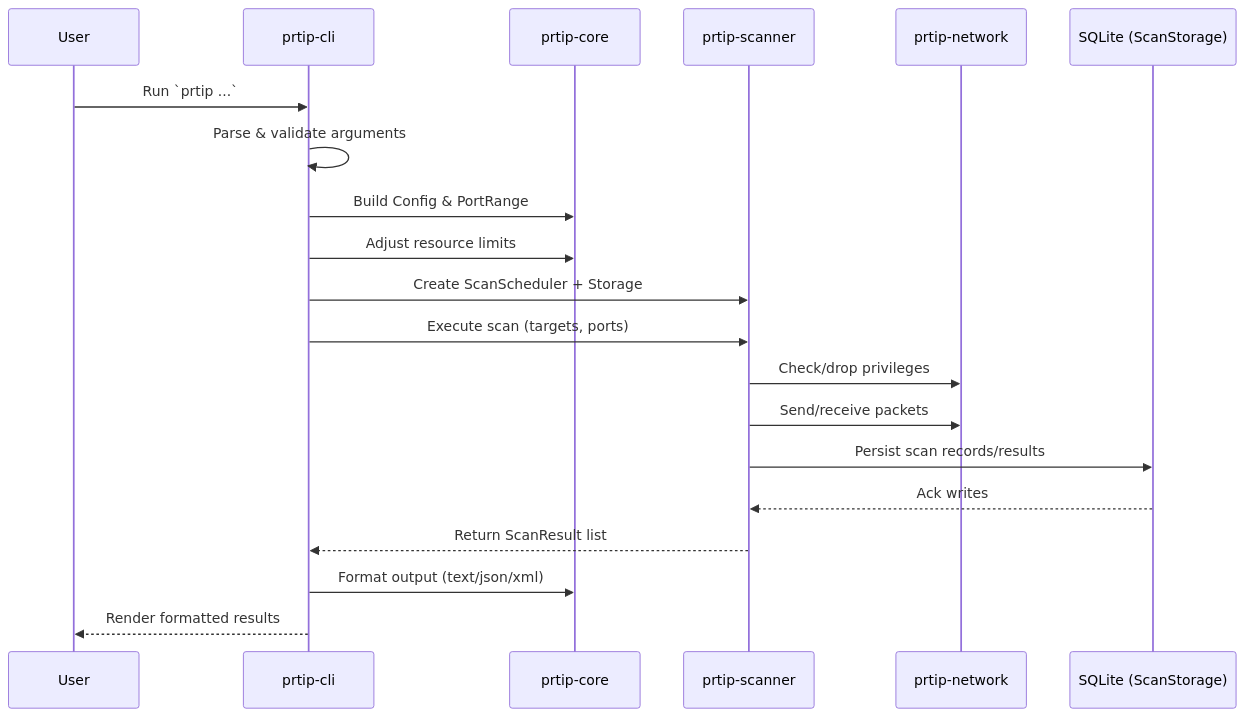
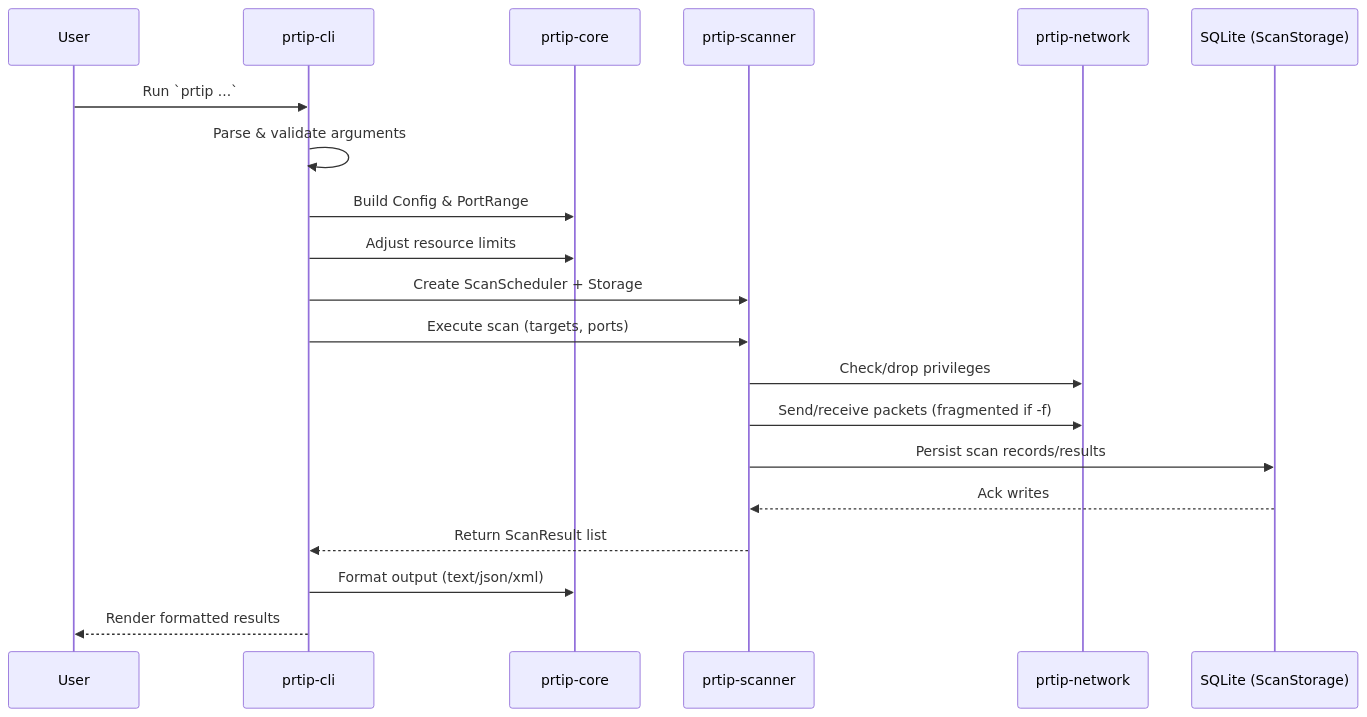
The second of 5 diagrams in README.md (doublegate/ProRT-IP), drawn with Mermaid before and after one commit. The commit also changed other lines of this file and 14 other files, not shown here.

````diff
--- a/README.md
+++ b/README.md
@@ -880,23 +893,23 @@
 ```mermaid
 sequenceDiagram
     participant User
     participant CLI as prtip-cli
     participant Core as prtip-core
     participant Scanner as prtip-scanner
     participant Network as prtip-network
     participant DB as SQLite (ScanStorage)
 
     User->>CLI: Run `prtip ...`
     CLI->>CLI: Parse & validate arguments
     CLI->>Core: Build Config & PortRange
     CLI->>Core: Adjust resource limits
     CLI->>Scanner: Create ScanScheduler + Storage
     CLI->>Scanner: Execute scan (targets, ports)
     Scanner->>Network: Check/drop privileges
-    Scanner->>Network: Send/receive packets
+    Scanner->>Network: Send/receive packets (fragmented if -f)
     Scanner->>DB: Persist scan records/results
     DB-->>Scanner: Ack writes
     Scanner-->>CLI: Return ScanResult list
     CLI->>Core: Format output (text/json/xml)
     CLI-->>User: Render formatted results
 ```
````
